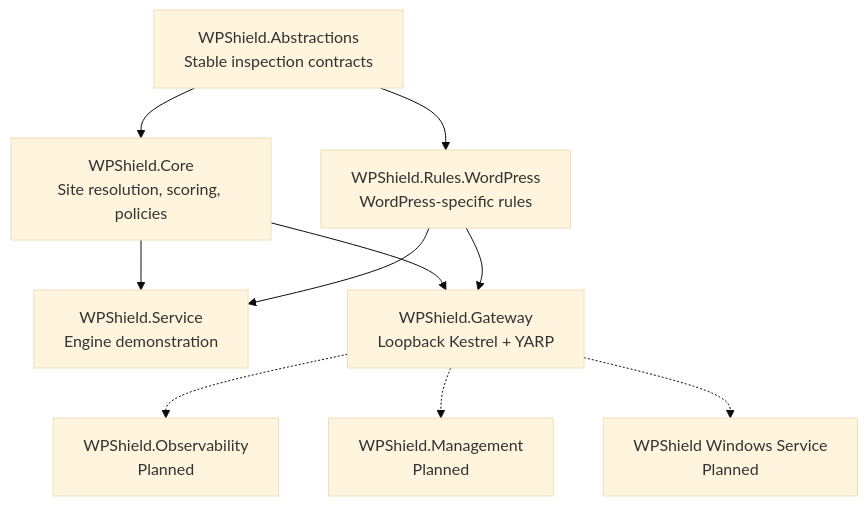
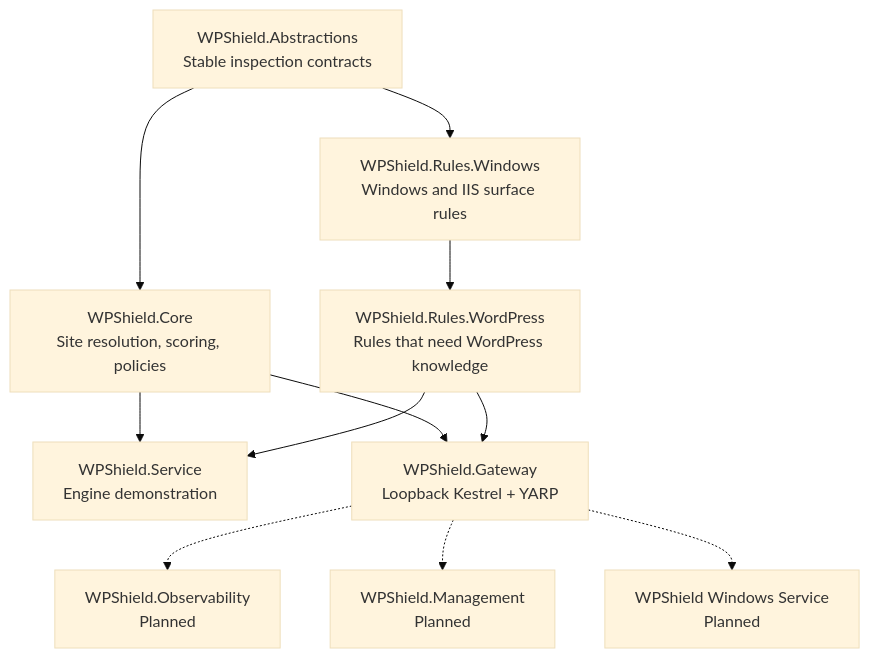
One commit to peopleworks/WPShield changed the first of 3 diagrams in README.md. Above: the diagram before and after it, drawn with Mermaid (base theme). The commit also changed other lines of this file and 45 other files, not shown here.

````diff
--- a/README.md
+++ b/README.md
@@ -202,21 +202,23 @@
 ```mermaid
 flowchart TB
     A["WPShield.Abstractions<br/>Stable inspection contracts"]
     C["WPShield.Core<br/>Site resolution, scoring, policies"]
-    R["WPShield.Rules.WordPress<br/>WordPress-specific rules"]
+    RW["WPShield.Rules.Windows<br/>Windows and IIS surface rules"]
+    R["WPShield.Rules.WordPress<br/>Rules that need WordPress knowledge"]
     S["WPShield.Service<br/>Engine demonstration"]
     G["WPShield.Gateway<br/>Loopback Kestrel + YARP"]
     O["WPShield.Observability<br/>Planned"]
     M["WPShield.Management<br/>Planned"]
     W["WPShield Windows Service<br/>Planned"]
 
     A --> C
-    A --> R
+    A --> RW
+    RW --> R
     C --> S
     C --> G
     R --> S
     R --> G
     G -.-> O
     G -.-> M
     G -.-> W
 ```
````
